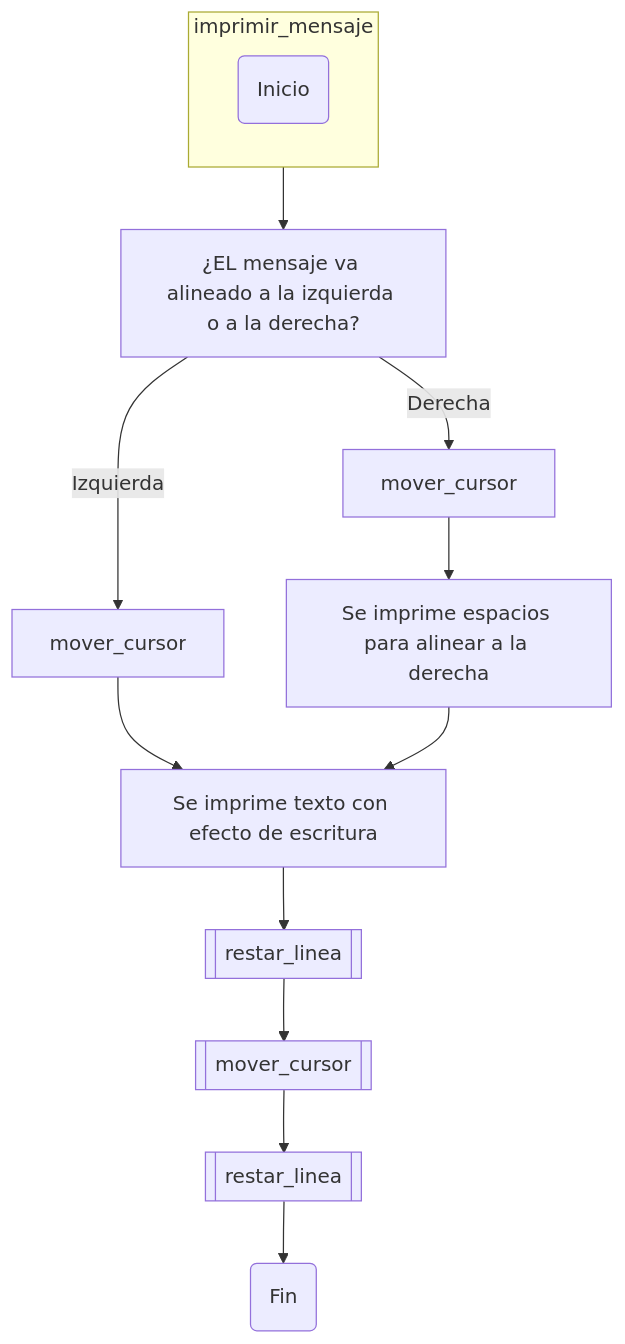
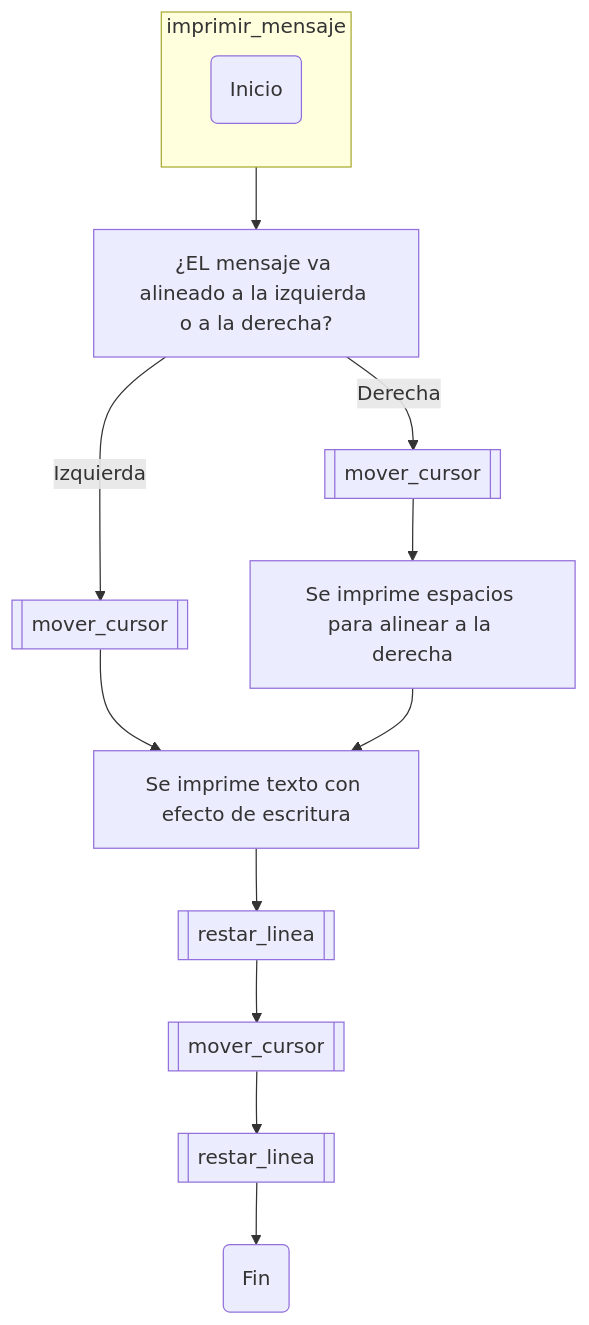
One commit to JuanJoToAl/Juego---Los_vivos_mienten changed the seventh of 13 diagrams in README.md. Above: the diagram before and after it, drawn with Mermaid. The commit also changed other lines of this file, not shown here.

````diff
--- a/README.md
+++ b/README.md
@@ -413,33 +420,33 @@
 ```mermaid
 flowchart TB
     subgraph s1["imprimir_mensaje"]
         n1("Inicio")
     end
-    n3["¿EL mensaje va alineado a la izquierda o a la derecha?"] -- Derecha --> n4["mover_cursor"]
-    n3 -- Izquierda --> n5["mover_cursor"]
+    n3["¿EL mensaje va alineado a la izquierda o a la derecha?"] -- Derecha --> n4[["mover_cursor"]]
+    n3 -- Izquierda --> n5[["mover_cursor"]]
     n5 --> n6["Se imprime texto con efecto de escritura"]
     s1 --> n3
     n4 --> n9["Se imprime espacios para alinear a la derecha"]
     n9 --> n6
     n6 --> n13[["restar_linea"]]
     n13 --> n14[["mover_cursor"]]
     n14 --> n15[["restar_linea"]]
     n15 --> n16("Fin")
     classDef rounded shape: rounded;
     classDef diam shape: diam;
     classDef subproc shape: subproc;
     classDef rect shape: rect;
     classDef proc shape: proc;
 
     n1:::rounded
     n3:::diam
     n4:::subproc
     n5:::subproc
     n6:::rect
     n9:::rect
     n13:::subproc
     n14:::subproc
     n15:::subproc
     n16:::rounded
 
 ```
````
